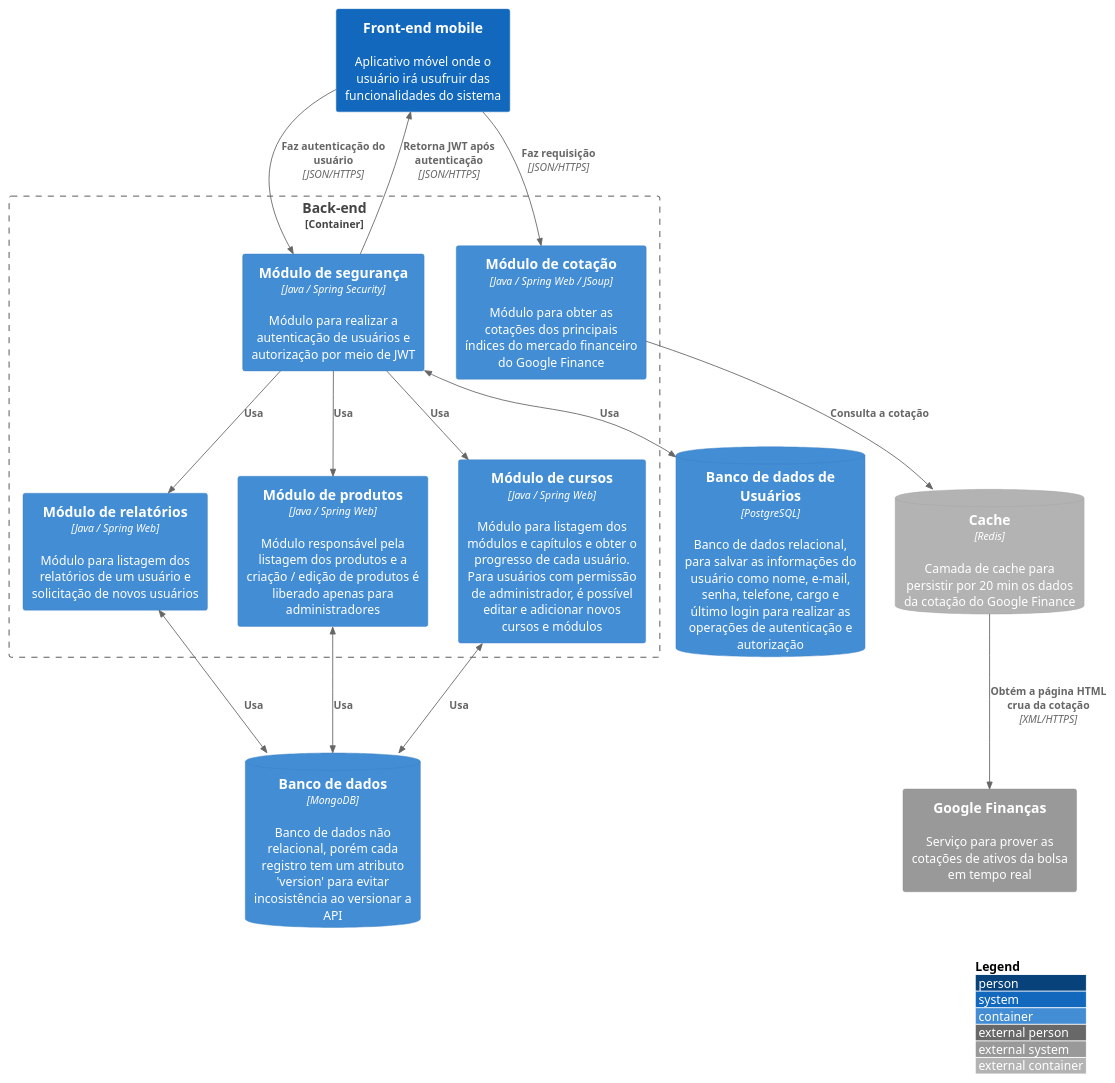
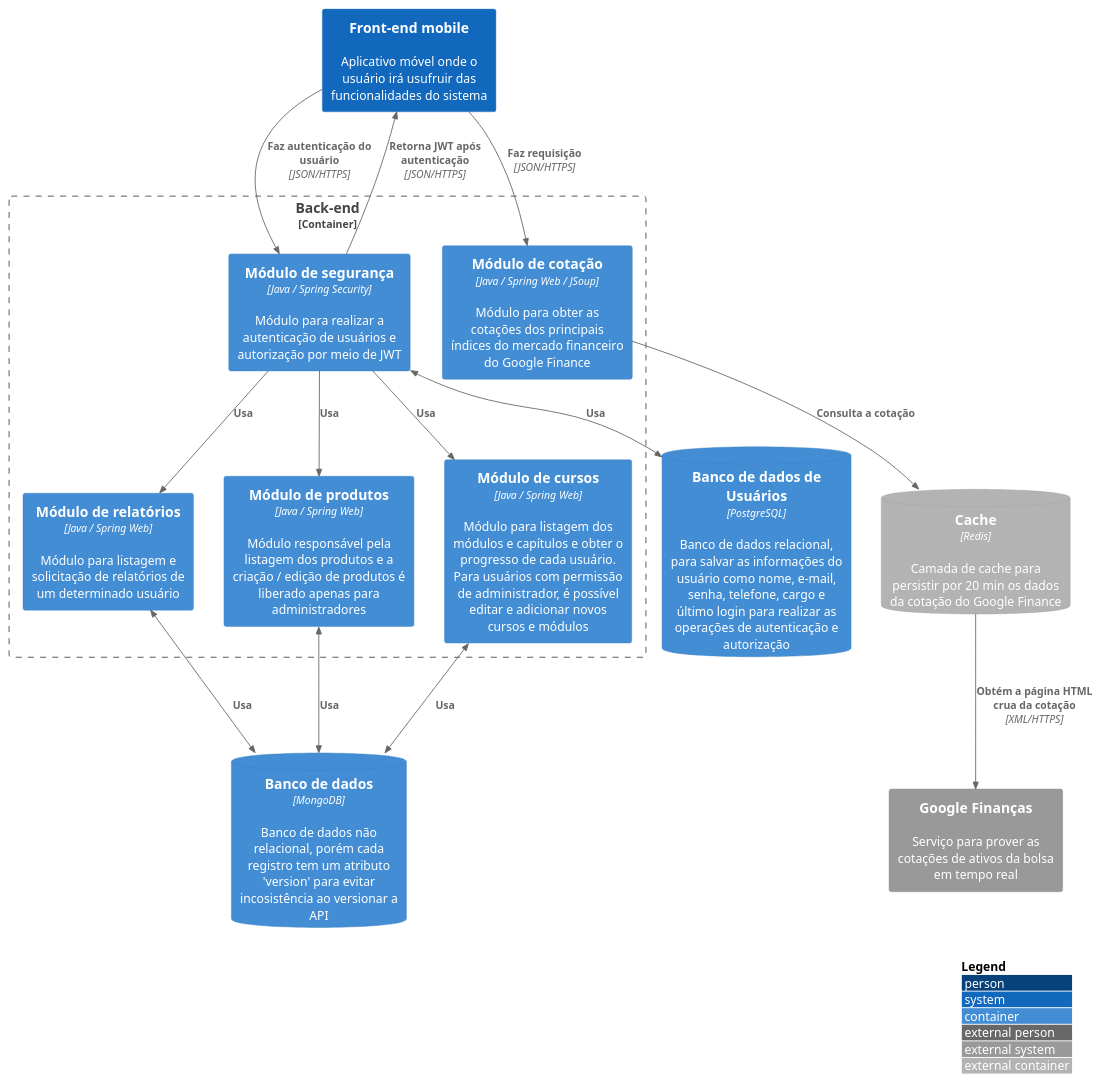
The diagram in C2 Containers/Back-end/back_end.puml (Open-3A/3A-c4-model), drawn with PlantUML before and after one commit. The commit also changed 8 other files, not shown here.

Commit message:
refactor: grammar correction and diagrams hot fix

```diff
--- a/C2 Containers/Back-end/back_end.puml
+++ b/C2 Containers/Back-end/back_end.puml
@@ -1,36 +1,36 @@
 @startuml Back-end container
 
 !include https://raw.githubusercontent.com/adrianvlupu/C4-PlantUML/latest/C4_Container.puml
 
 LAYOUT_WITH_LEGEND()
 
 System(mobile, "Front-end mobile", "Aplicativo móvel onde o usuário irá usufruir das funcionalidades do sistema")
 System_Ext(google_finance, "Google Finanças", "Serviço para prover as cotações de ativos da bolsa em tempo real")
 
 Container_Boundary(backend, "Back-end"){
   Container(security_module, "Módulo de segurança", "Java / Spring Security", "Módulo para realizar a autenticação de usuários e autorização por meio de JWT")
   Container(products_module, "Módulo de produtos", "Java / Spring Web", "Módulo responsável pela listagem dos produtos e a criação / edição de produtos é liberado apenas para administradores")
   Container(courses_module, "Módulo de cursos", "Java / Spring Web", "Módulo para listagem dos módulos e capítulos e obter o progresso de cada usuário. Para usuários com permissão de administrador, é possível editar e adicionar novos cursos e módulos")
-  Container(reports_module, "Módulo de relatórios", "Java / Spring Web", "Módulo para listagem dos relatórios de um usuário e solicitação de novos usuários")
+  Container(reports_module, "Módulo de relatórios", "Java / Spring Web", "Módulo para listagem e solicitação de relatórios de um determinado usuário")
   Container(quotation_module, "Módulo de cotação", "Java / Spring Web / JSoup", "Módulo para obter as cotações dos principais índices do mercado financeiro do Google Finance")
 }
 
 ContainerDb(db, "Banco de dados", "MongoDB", "Banco de dados não relacional, porém cada registro tem um atributo 'version' para evitar incosistência ao versionar a API")
 ContainerDb(user_db, "Banco de dados de Usuários", "PostgreSQL", "Banco de dados relacional, para salvar as informações do usuário como nome, e-mail, senha, telefone, cargo e último login para realizar as operações de autenticação e autorização")
 ContainerDb_Ext(redis, "Cache", "Redis", "Camada de cache para persistir por 20 min os dados da cotação do Google Finance")
 
 Rel(mobile, security_module, "Faz autenticação do usuário", "JSON/HTTPS")
 Rel(security_module, mobile, "Retorna JWT após autenticação", "JSON/HTTPS")
 Rel(security_module, products_module, "Usa")
 Rel(security_module, courses_module, "Usa")
 Rel(security_module, reports_module, "Usa")
 Rel(mobile, quotation_module, "Faz requisição", "JSON/HTTPS")
 Rel(quotation_module, redis, "Consulta a cotação")
 Rel(redis, google_finance, "Obtém a página HTML crua da cotação", "XML/HTTPS")
 
 BiRel(products_module, db, "Usa")
 BiRel(courses_module, db, "Usa")
 BiRel(reports_module, db, "Usa")
 BiRel(security_module, user_db, "Usa")
 
 @enduml
```
